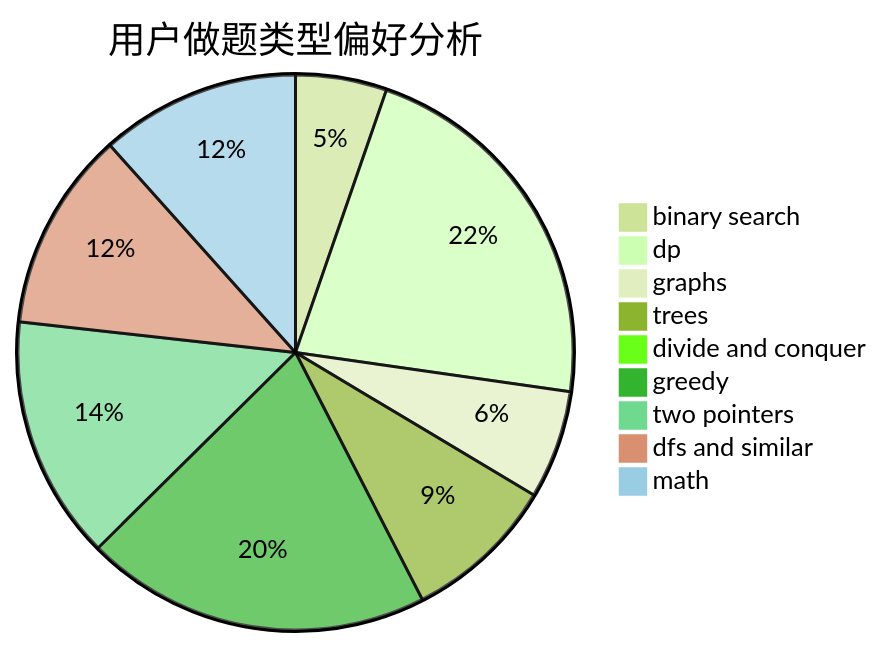
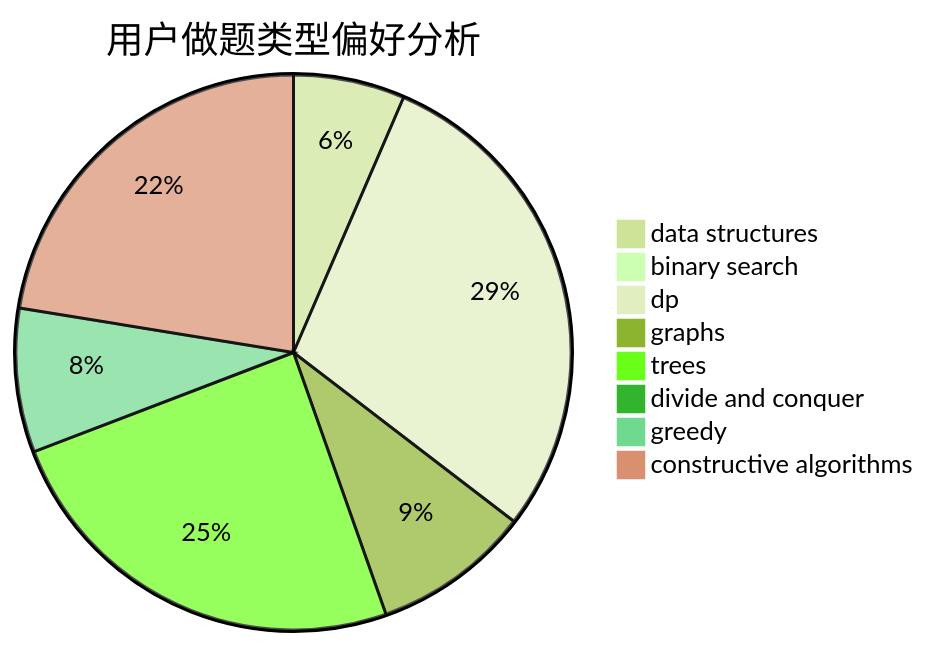
Before and after one commit to sherpahu/cfrs.github.io: the second of 3 diagrams in docs/user/u2529.md, drawn with Mermaid (forest theme). The commit also changed other lines of this file and 2775 other files, not shown here.

````diff
--- a/docs/user/u2529.md
+++ b/docs/user/u2529.md
@@ -23,12 +23,11 @@
 ```mermaid
 pie title 用户做题类型偏好分析
-    "binary search" :  58
-    "dp" :  240
-    "graphs" :  69
-    "trees" :  97
+    "data structures" :  24
+    "binary search" :  1
+    "dp" :  107
+    "graphs" :  34
+    "trees" :  91
     "divide and conquer" :  0
-    "greedy" :  220
-    "two pointers" :  155
-    "dfs and similar" :  127
-    "math" :  127
+    "greedy" :  31
+    "constructive algorithms" :  83
 ```
````
